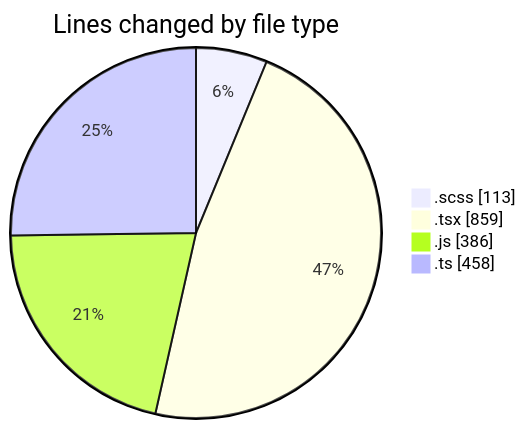
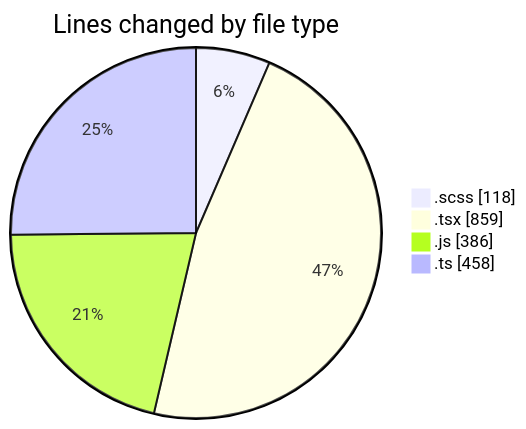
The first of 2 diagrams in 2025-03-14/cda/README.md (momahboobian/code-tracking), drawn with Mermaid before and after one commit. The commit also changed other lines of this file and 1 other file, not shown here.

````diff
--- a/2025-03-14/cda/README.md
+++ b/2025-03-14/cda/README.md
@@ -34,8 +34,8 @@
 ```mermaid
 pie showData
 title Lines changed by file type
-".scss" : 113
+".scss" : 118
 ".tsx" : 859
 ".js" : 386
 ".ts" : 458
 ```
````
